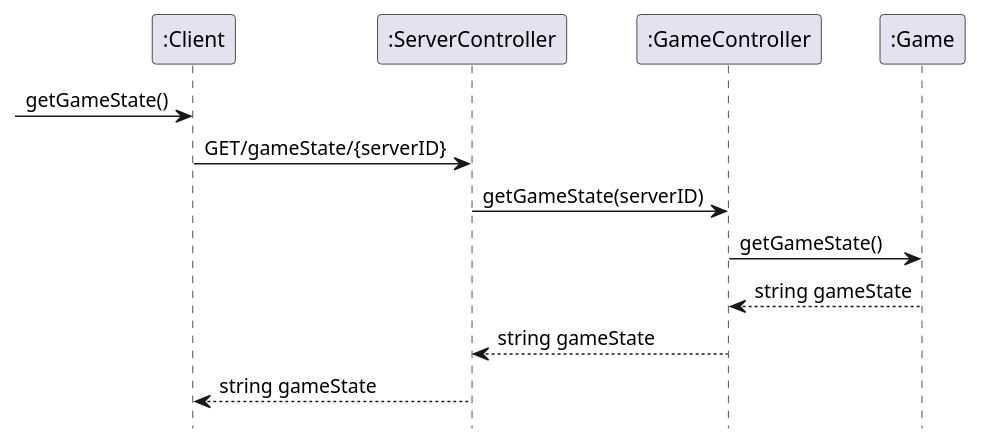
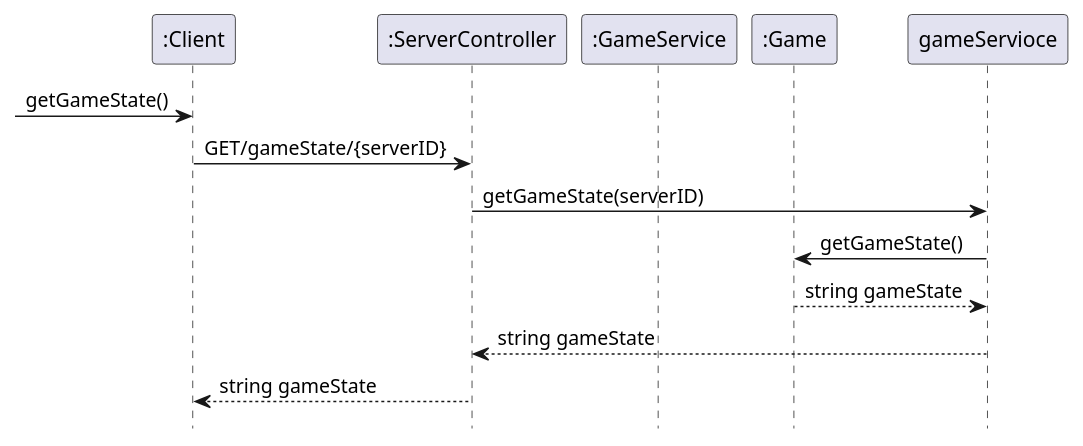
Before and after one commit to MikaelFangel/RoboRally: the diagram in diagrams/Server SSD's/Recieve_Game.puml, drawn with PlantUML. The commit also changed 4 other files, not shown here.

```diff
--- a/diagrams/Server SSD's/Recieve_Game.puml
+++ b/diagrams/Server SSD's/Recieve_Game.puml
@@ -1,19 +1,19 @@
 @startuml
 'https://plantuml.com/sequence-diagram
 
 hide footbox
 
 Participant ":Client" as client
 Participant ":ServerController" as server
-Participant ":GameController" as gameController
+Participant ":GameService" as gameService
 participant ":Game" as game
 
 -> client : getGameState()
 client -> server : GET/gameState/{serverID}
-server -> gameController : getGameState(serverID)
-gameController -> game : getGameState()
-gameController <-- game : string gameState
-server <-- gameController : string gameState
+server -> gameServioce : getGameState(serverID)
+gameServioce -> game : getGameState()
+gameServioce <-- game : string gameState
+server <-- gameServioce : string gameState
 client <-- server : string gameState
 
 @enduml
```
